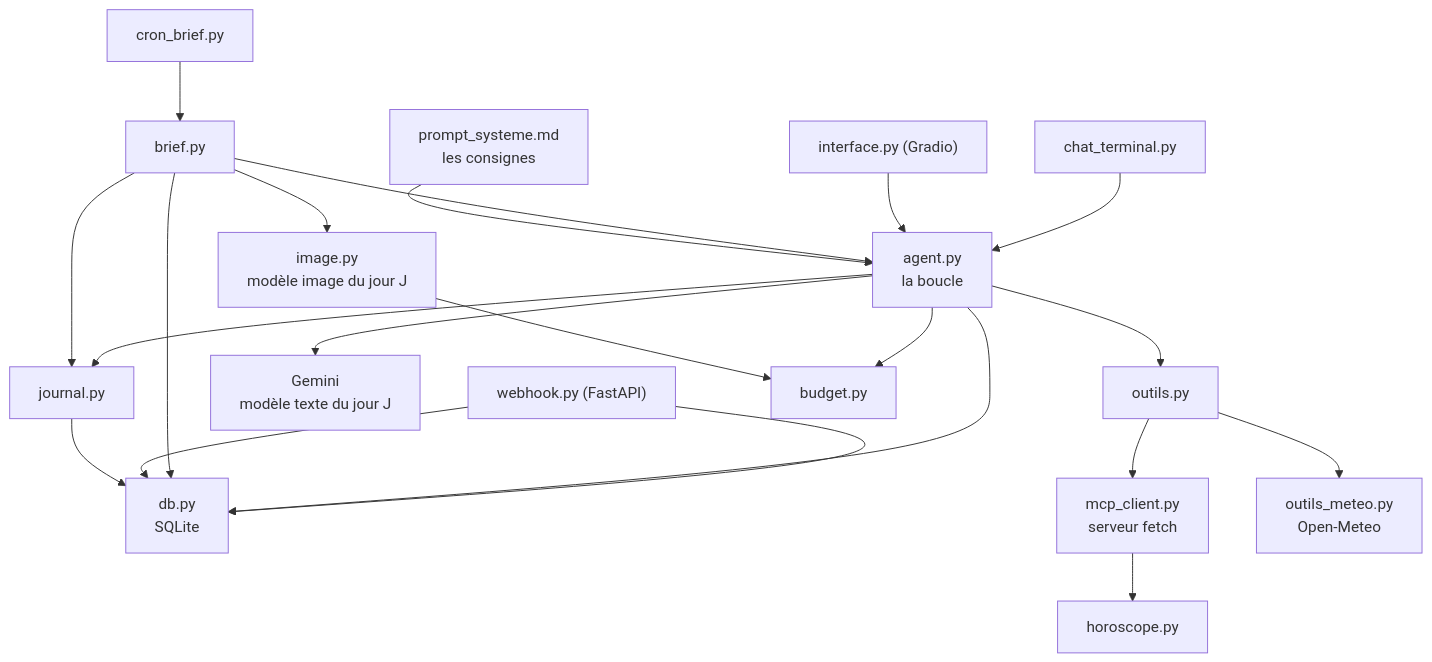
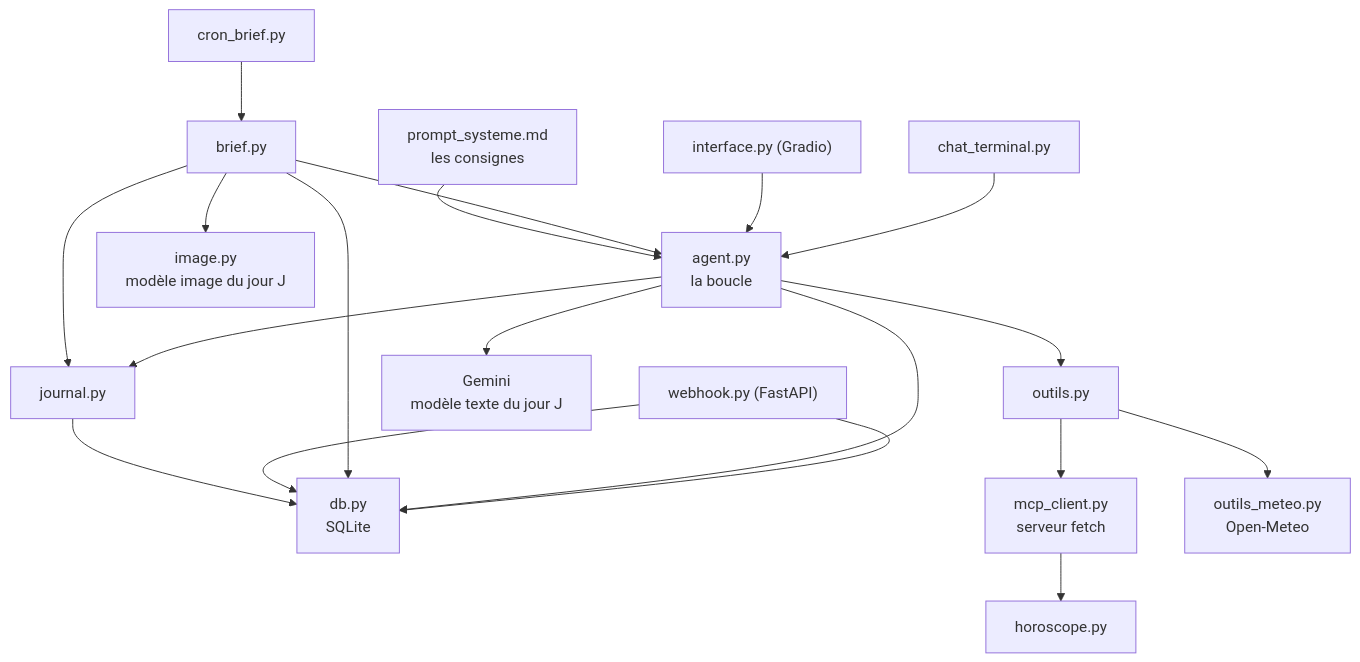
The tenth of 37 diagrams in tuto-goodvibe-vibecoding.md (lecinquiemejour-code/goodvibe-tuto), drawn with Mermaid before and after one commit. The commit also changed other lines of this file and 2 other files, not shown here.

Commit message:
Retrait de la feature budget et mode économe : 14 fiches, la piste passe dans Pour aller plus loin

````diff
--- a/tuto-goodvibe-vibecoding.md
+++ b/tuto-goodvibe-vibecoding.md
@@ -490,17 +488,16 @@
 ```mermaid
 flowchart TD
     CHAT["chat_terminal.py"] --> AG
     WEB["interface.py (Gradio)"] --> AG
     CRON["cron_brief.py"] --> BR["brief.py"]
     WH["webhook.py (FastAPI)"] --> DB
     BR --> AG["agent.py<br/>la boucle"]
     PS["prompt_systeme.md<br/>les consignes"] --> AG
     AG --> OUT["outils.py"]
     AG --> GEM["Gemini<br/>modèle texte du jour J"]
     OUT --> MCP["mcp_client.py<br/>serveur fetch"] --> HOR["horoscope.py"]
     OUT --> MET["outils_meteo.py<br/>Open-Meteo"]
     BR --> IMG["image.py<br/>modèle image du jour J"]
     AG & BR & WH --> DB["db.py<br/>SQLite"]
     AG & BR --> JR["journal.py"] --> DB
-    AG & IMG --> BUD["budget.py"]
 ```
````
